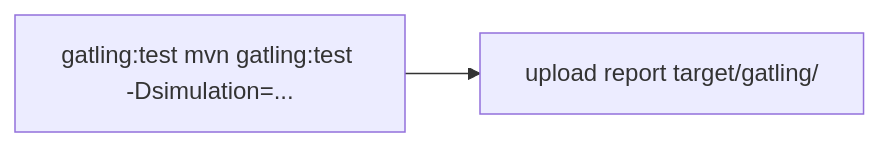
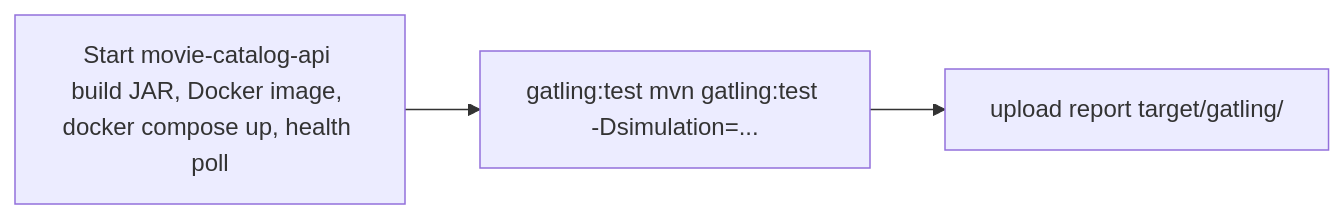
The third of 9 diagrams in architecture/ci-pipeline.md (EnesAkyel/test-strategy), drawn with Mermaid before and after one commit. The commit also changed other lines of this file and 9 other files, not shown here.

First line of the commit message:
Sync docs with playwright-ts's move to movie-catalog-ui and other accuracy fixes

````diff
--- a/architecture/ci-pipeline.md
+++ b/architecture/ci-pipeline.md
@@ -119,7 +121,8 @@
 ```mermaid
 flowchart LR
+    API["Start movie-catalog-api build JAR, Docker image, docker compose up, health poll"]
     GA["gatling:test mvn gatling:test -Dsimulation=..."]
     RP["upload report target/gatling/"]
 
-    GA --> RP
+    API --> GA --> RP
 ```
````
